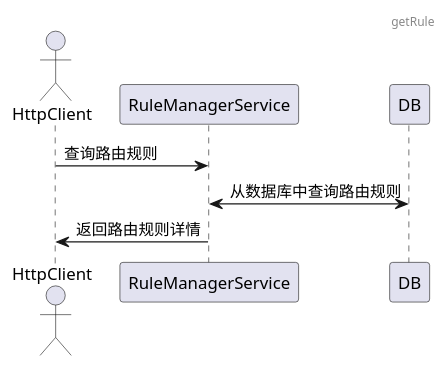
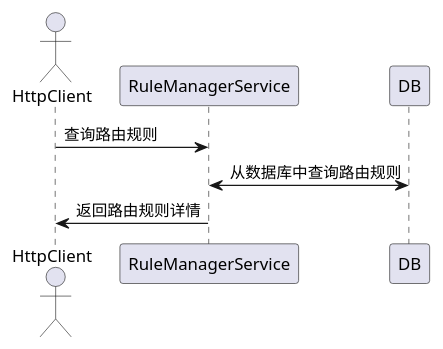
One commit to tkeel-io/docs changed the second of 8 diagrams in docs/api/appendix/plantuml/rule_manager.md. Above: the diagram before and after it, drawn with PlantUML. The commit also changed other lines of this file and 2 other files, not shown here.

````diff
--- a/docs/api/appendix/plantuml/rule_manager.md
+++ b/docs/api/appendix/plantuml/rule_manager.md
@@ -16,13 +14,11 @@
 ```plantuml
 @startuml
-header getRule
-
 actor HttpClient
 participant RuleManagerService
 participant DB
 
 HttpClient->RuleManagerService:查询路由规则
 RuleManagerService<->DB:从数据库中查询路由规则
 RuleManagerService->HttpClient:返回路由规则详情
 @enduml
 ```
````
